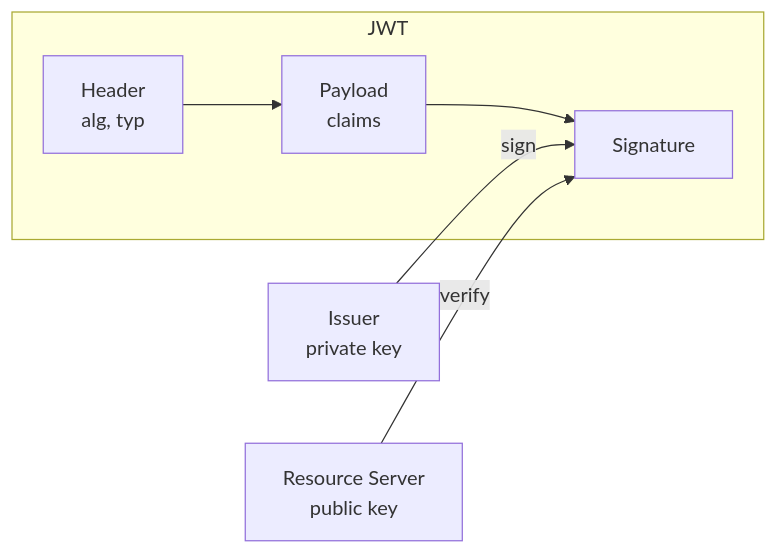
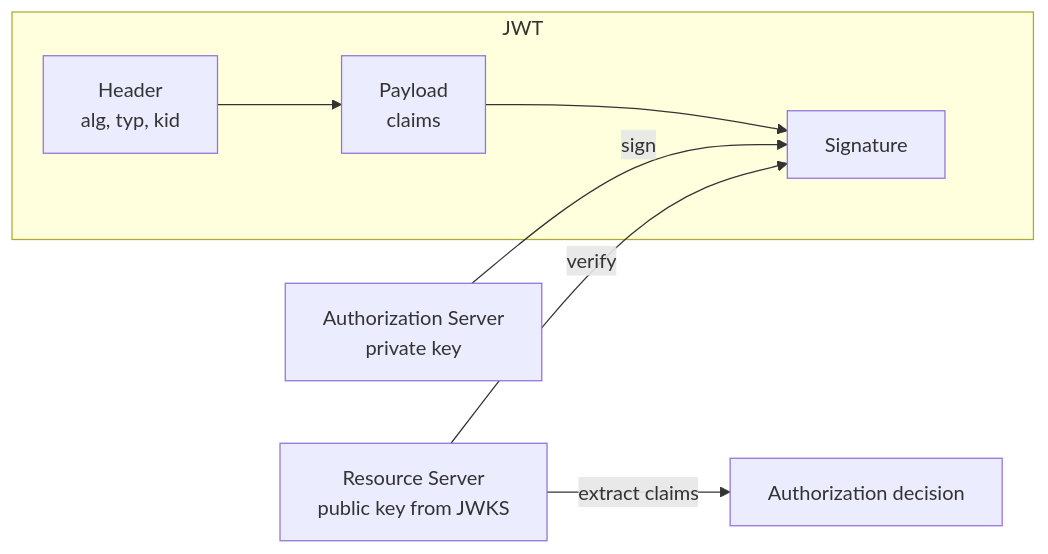
Before and after one commit to hareramcse/SystemDesign: the seventh of 25 diagrams in 10-security/README.md, drawn with Mermaid. The commit also changed other lines of this file and 14 other files, not shown here.

````diff
--- a/10-security/README.md
+++ b/10-security/README.md
@@ -333,11 +488,12 @@
 ```mermaid
 flowchart LR
     subgraph JWT
-        H[Header<br/>alg, typ]
+        H[Header<br/>alg, typ, kid]
         P[Payload<br/>claims]
         S[Signature]
     end
-  H --> P --> S
-  Issuer[Issuer<br/>private key] -->|sign| S
-  Verifier[Resource Server<br/>public key] -->|verify| S
+    H --> P --> S
+    Issuer[Authorization Server<br/>private key] -->|sign| S
+    API[Resource Server<br/>public key from JWKS] -->|verify| S
+    API -->|extract claims| AuthZ[Authorization decision]
 ```
````
